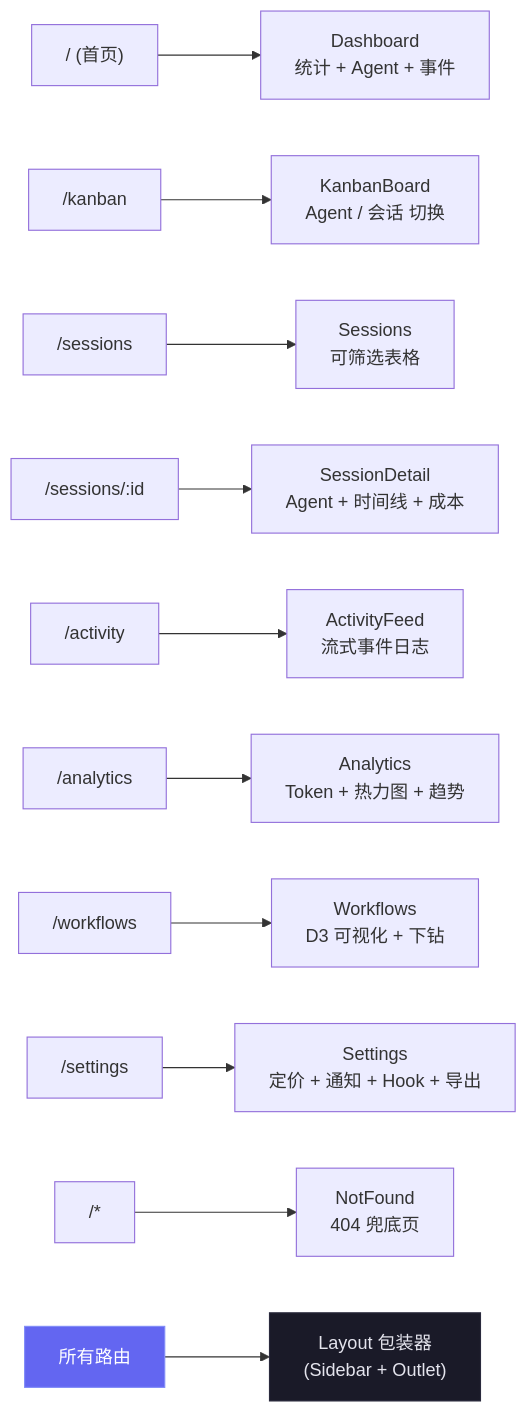
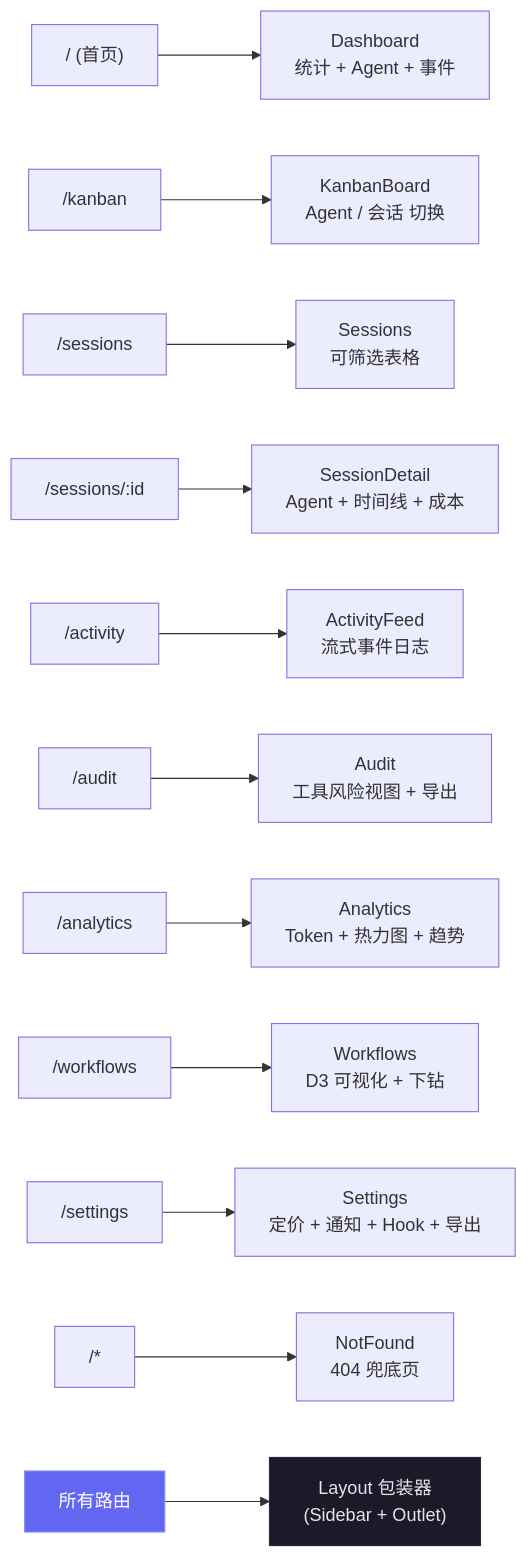
Before and after one commit to hoangsonww/Claude-Code-Agent-Monitor: diagram 18 of 21 in README-CN.md, drawn with Mermaid. The commit also changed other lines of this file and 16 other files, not shown here.

````diff
--- a/README-CN.md
+++ b/README-CN.md
@@ -1973,17 +1987,18 @@
 ```mermaid
 graph LR
     ROOT["/ (首页)"] --> DASH["Dashboard<br/>统计 + Agent + 事件"]
     K["/kanban"] --> KANBAN["KanbanBoard<br/>Agent / 会话 切换"]
     S["/sessions"] --> SESS["Sessions<br/>可筛选表格"]
     D["/sessions/:id"] --> DETAIL["SessionDetail<br/>Agent + 时间线 + 成本"]
     A["/activity"] --> ACT["ActivityFeed<br/>流式事件日志"]
+    AU["/audit"] --> AUDIT["Audit<br/>工具风险视图 + 导出"]
     AN["/analytics"] --> ANALYTICS["Analytics<br/>Token + 热力图 + 趋势"]
     WF["/workflows"] --> WORKFLOWS["Workflows<br/>D3 可视化 + 下钻"]
     ST["/settings"] --> SETTINGS["Settings<br/>定价 + 通知 + Hook + 导出"]
     NF["/*"] --> NOTFOUND["NotFound<br/>404 兜底页"]
 
     ALL["所有路由"] --> LAYOUT["Layout 包装器<br/>(Sidebar + Outlet)"]
 
     style ALL fill:#6366f1,stroke:#818cf8,color:#fff
     style LAYOUT fill:#1a1a28,stroke:#2a2a3d,color:#e4e4ed
 ```
````
